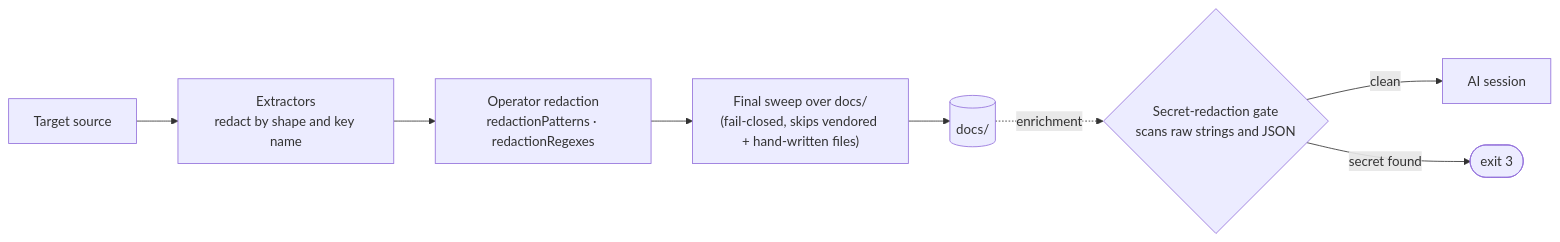
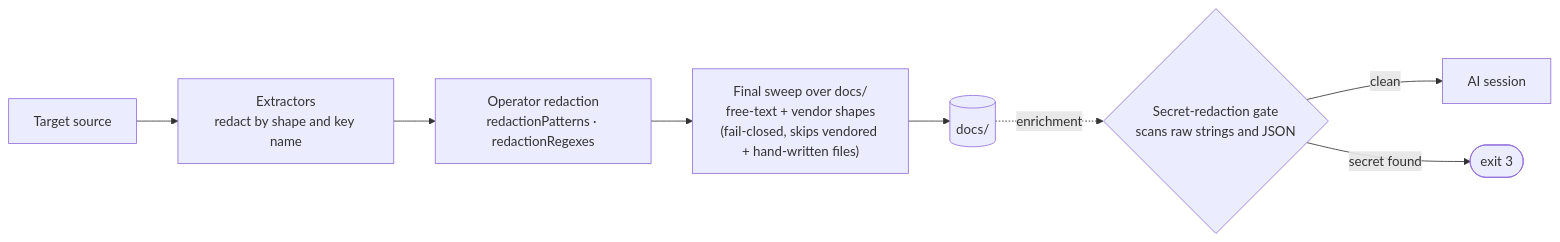
One commit to HeWhoRoams/AppDoc changed the fourth of 6 diagrams in README.md. Above: the diagram before and after it, drawn with Mermaid. The commit also changed other lines of this file and 169 other files, not shown here.

````diff
--- a/README.md
+++ b/README.md
@@ -286,10 +269,10 @@
 ```mermaid
 flowchart LR
     SRC[Target source] --> X1["Extractors<br/>redact by shape and key name"]
     X1 --> X2["Operator redaction<br/>redactionPatterns · redactionRegexes"]
-    X2 --> X3["Final sweep over docs/<br/>(fail-closed, skips vendored + hand-written files)"]
+    X2 --> X3["Final sweep over docs/<br/>free-text + vendor shapes<br/>(fail-closed, skips vendored + hand-written files)"]
     X3 --> DOCS[(docs/)]
     DOCS -. enrichment .-> X4{"Secret-redaction gate<br/>scans raw strings and JSON"}
     X4 -- clean --> LLM[AI session]
     X4 -- secret found --> STOP([exit 3])
 ```
````
